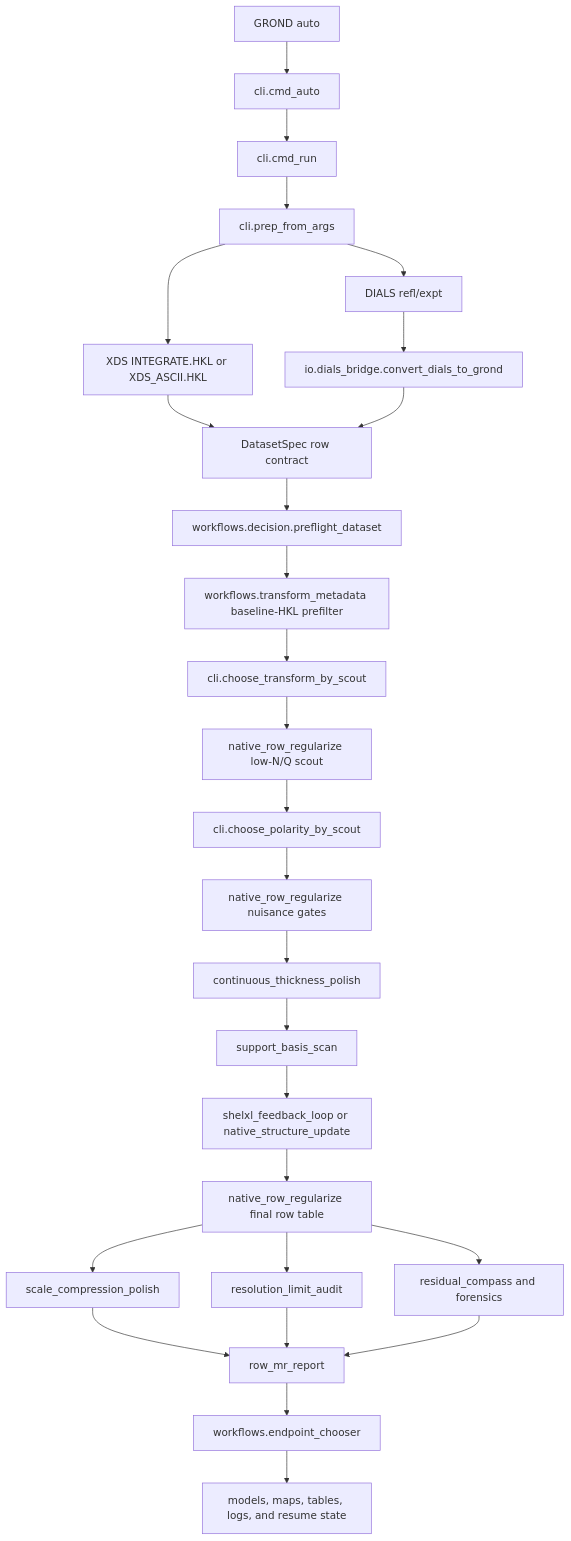
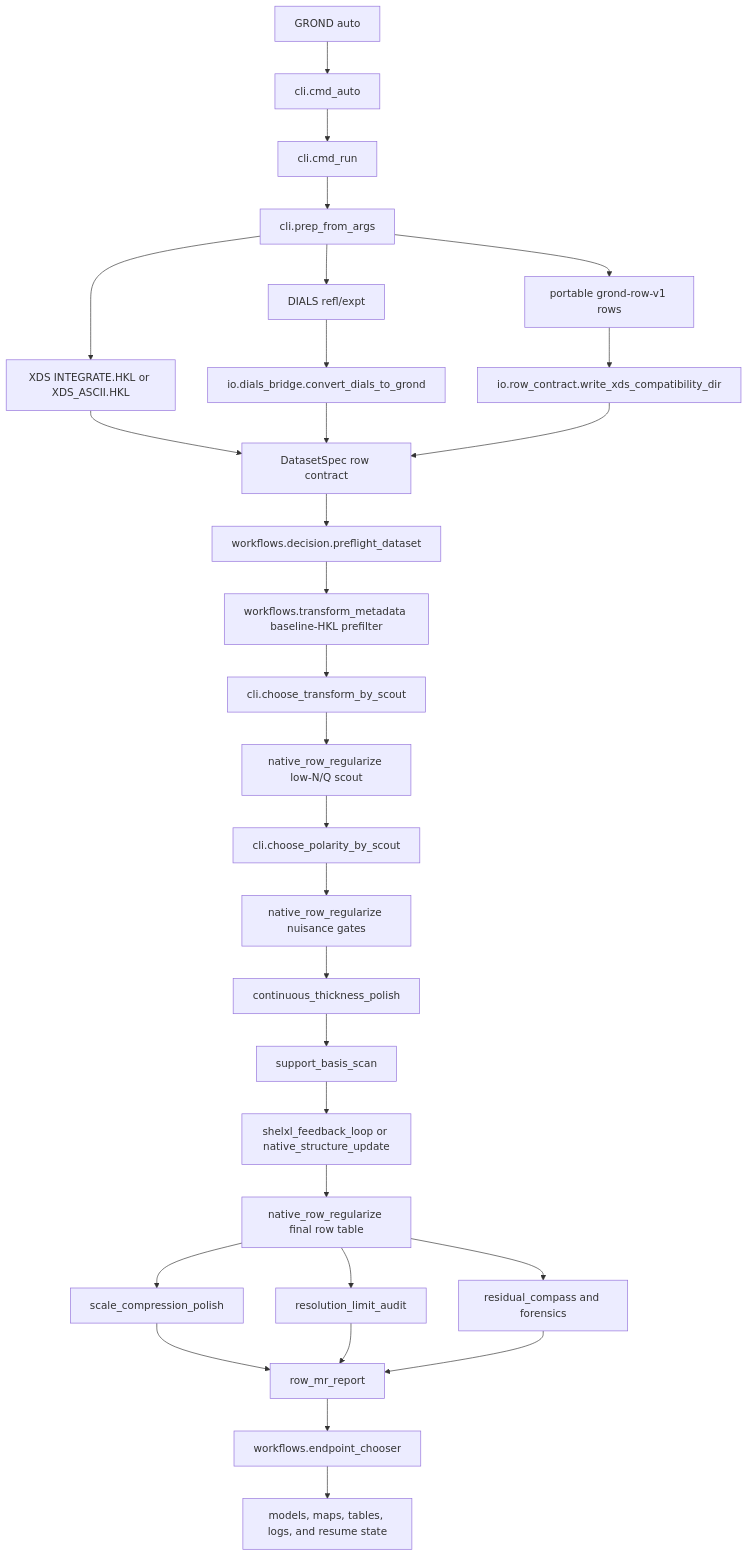
Before and after one commit to Martynowycz-Lab/GROND: the first of 2 diagrams in docs/CODE_MAP.md, drawn with Mermaid. The commit also changed other lines of this file and 15 other files, not shown here.

````diff
--- a/docs/CODE_MAP.md
+++ b/docs/CODE_MAP.md
@@ -60,29 +63,32 @@
 ```mermaid
 flowchart TD
     A["GROND auto"] --> B["cli.cmd_auto"]
     B --> C["cli.cmd_run"]
     C --> D["cli.prep_from_args"]
     D --> E["XDS INTEGRATE.HKL or XDS_ASCII.HKL"]
     D --> F["DIALS refl/expt"]
+    D --> Y["portable grond-row-v1 rows"]
     F --> G["io.dials_bridge.convert_dials_to_grond"]
+    Y --> Z["io.row_contract.write_xds_compatibility_dir"]
     E --> H["DatasetSpec row contract"]
     G --> H
+    Z --> H
     H --> I["workflows.decision.preflight_dataset"]
     I --> J["workflows.transform_metadata baseline-HKL prefilter"]
     J --> K["cli.choose_transform_by_scout"]
     K --> L["native_row_regularize low-N/Q scout"]
     L --> M["cli.choose_polarity_by_scout"]
     M --> N["native_row_regularize nuisance gates"]
     N --> O["continuous_thickness_polish"]
     O --> P["support_basis_scan"]
     P --> Q["shelxl_feedback_loop or native_structure_update"]
     Q --> R["native_row_regularize final row table"]
     R --> S["scale_compression_polish"]
     R --> T["resolution_limit_audit"]
     R --> U["residual_compass and forensics"]
     S --> V["row_mr_report"]
     T --> V
     U --> V
     V --> W["workflows.endpoint_chooser"]
     W --> X["models, maps, tables, logs, and resume state"]
 ```
````
